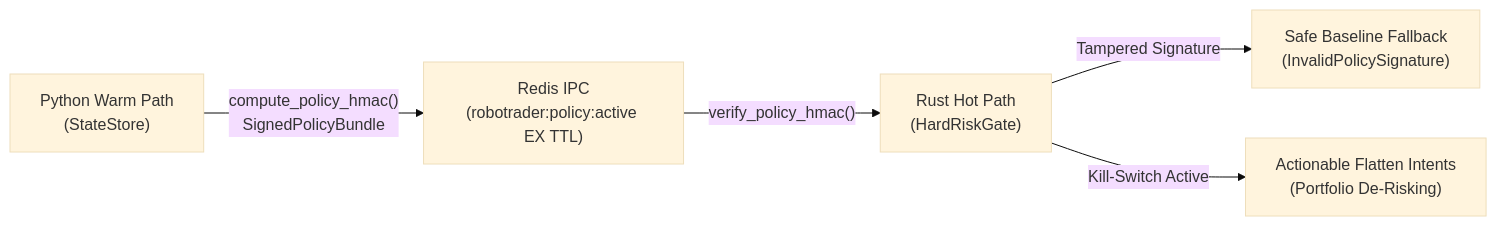
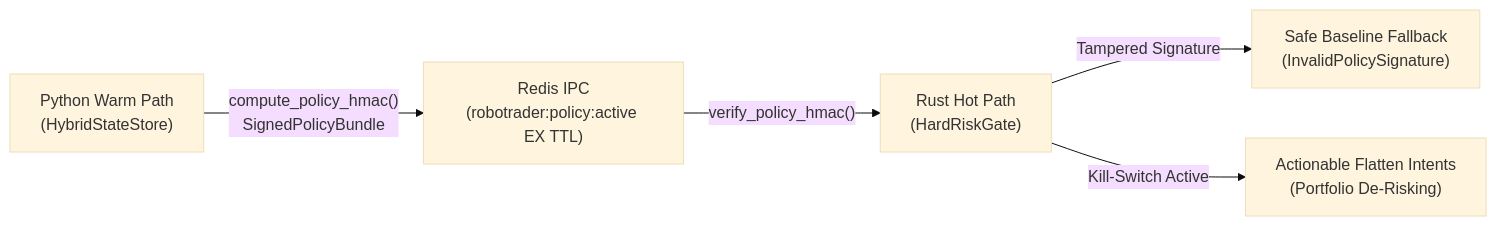
Before and after one commit to hcross/robotrader: the diagram in openspec/changes/sign-policy-and-flatten-killswitch/proposal.md, drawn with Mermaid (base theme). The commit also changed other lines of this file and 6 other files, not shown here.

````diff
--- a/openspec/changes/sign-policy-and-flatten-killswitch/proposal.md
+++ b/openspec/changes/sign-policy-and-flatten-killswitch/proposal.md
@@ -14,7 +14,7 @@
 ```mermaid
 flowchart LR
-    A["Python Warm Path<br/>(StateStore)"] -->|"compute_policy_hmac()<br/>SignedPolicyBundle"| B["Redis IPC<br/>(robotrader:policy:active EX TTL)"]
+    A["Python Warm Path<br/>(HybridStateStore)"] -->|"compute_policy_hmac()<br/>SignedPolicyBundle"| B["Redis IPC<br/>(robotrader:policy:active EX TTL)"]
     B -->|"verify_policy_hmac()"| C["Rust Hot Path<br/>(HardRiskGate)"]
     C -->|"Tampered Signature"| D["Safe Baseline Fallback<br/>(InvalidPolicySignature)"]
     C -->|"Kill-Switch Active"| E["Actionable Flatten Intents<br/>(Portfolio De-Risking)"]
 ```
````
